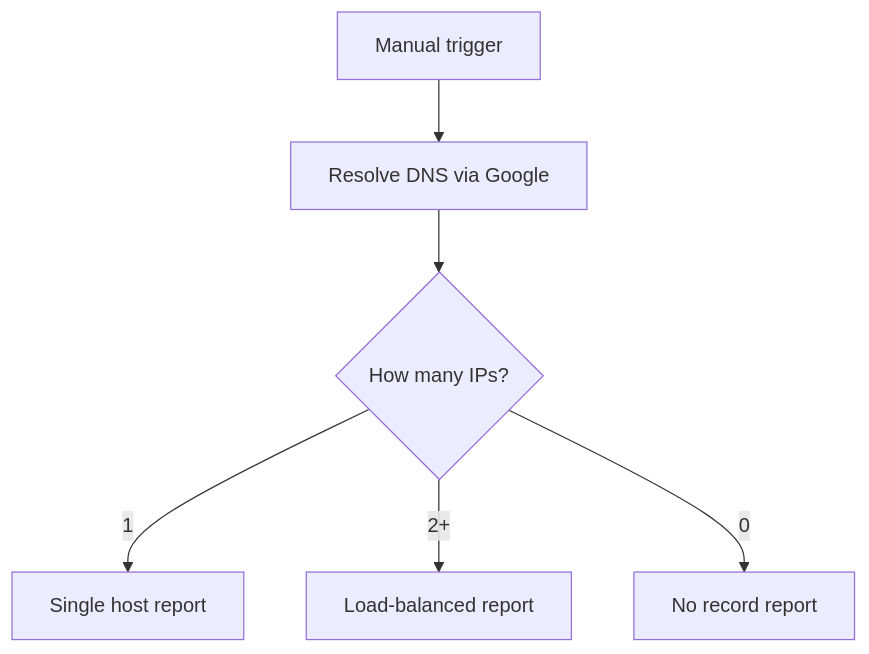
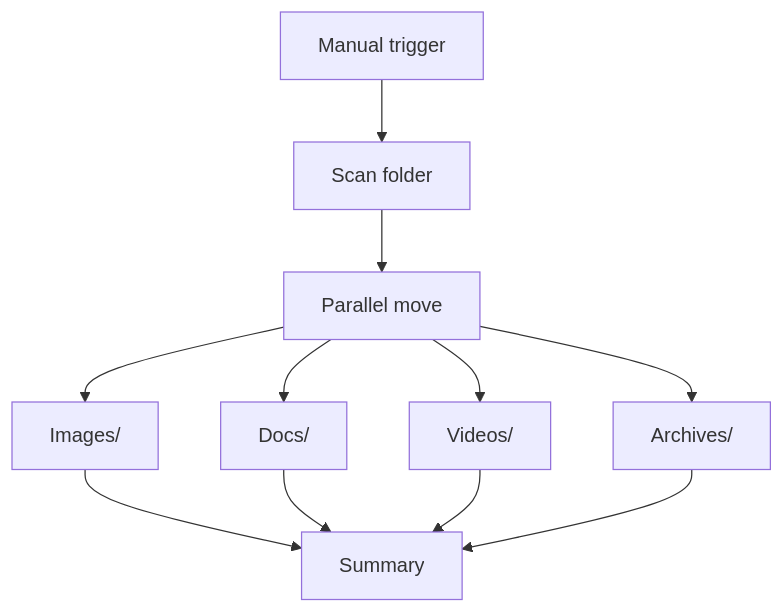
The diagram in README.md (dali-benothmen/woml), drawn with Mermaid before and after one commit. The commit also changed other lines of this file, not shown here.

First line of the commit message:
docs: replace DNS lookup with file organizer Quick example

````diff
--- a/README.md
+++ b/README.md
@@ -148,8 +173,13 @@
 ```mermaid
 graph TD
-    A[Manual trigger] --> B[Resolve DNS via Google]
-    B --> C{How many IPs?}
-    C -->|1| D[Single host report]
-    C -->|2+| E[Load-balanced report]
-    C -->|0| F[No record report]
+    A[Manual trigger] --> B[Scan folder]
+    B --> C[Parallel move]
+    C --> D[Images/]
+    C --> E[Docs/]
+    C --> F[Videos/]
+    C --> G[Archives/]
+    D --> H[Summary]
+    E --> H
+    F --> H
+    G --> H
 ```
````
